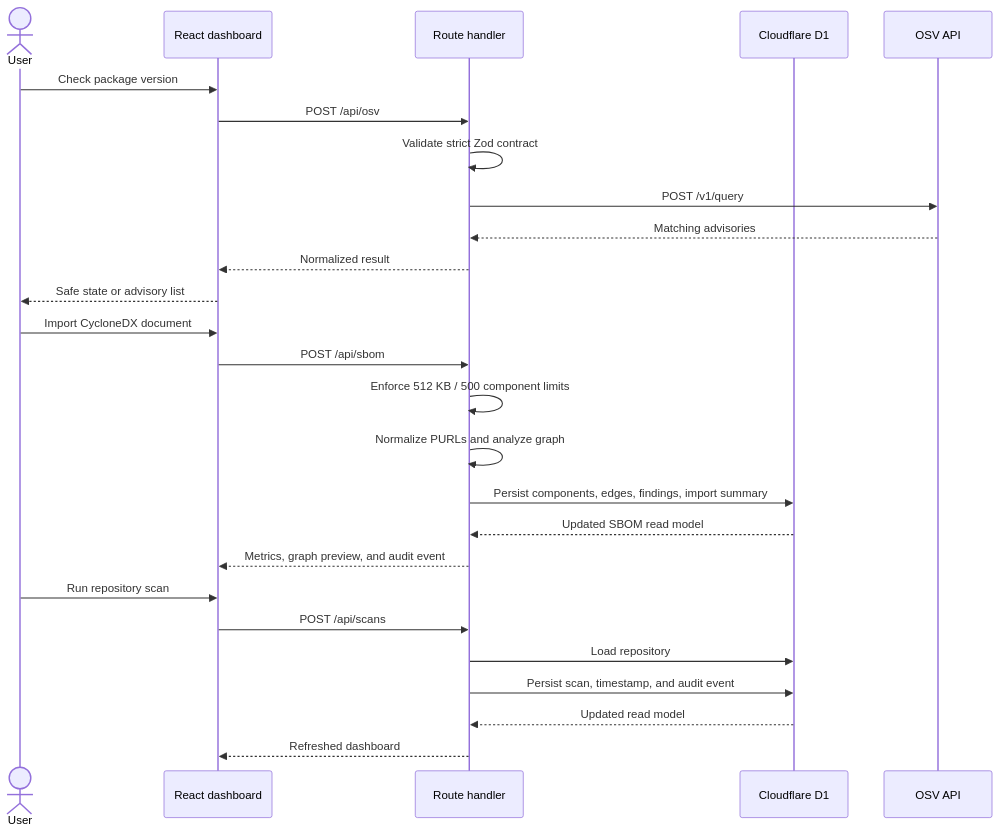
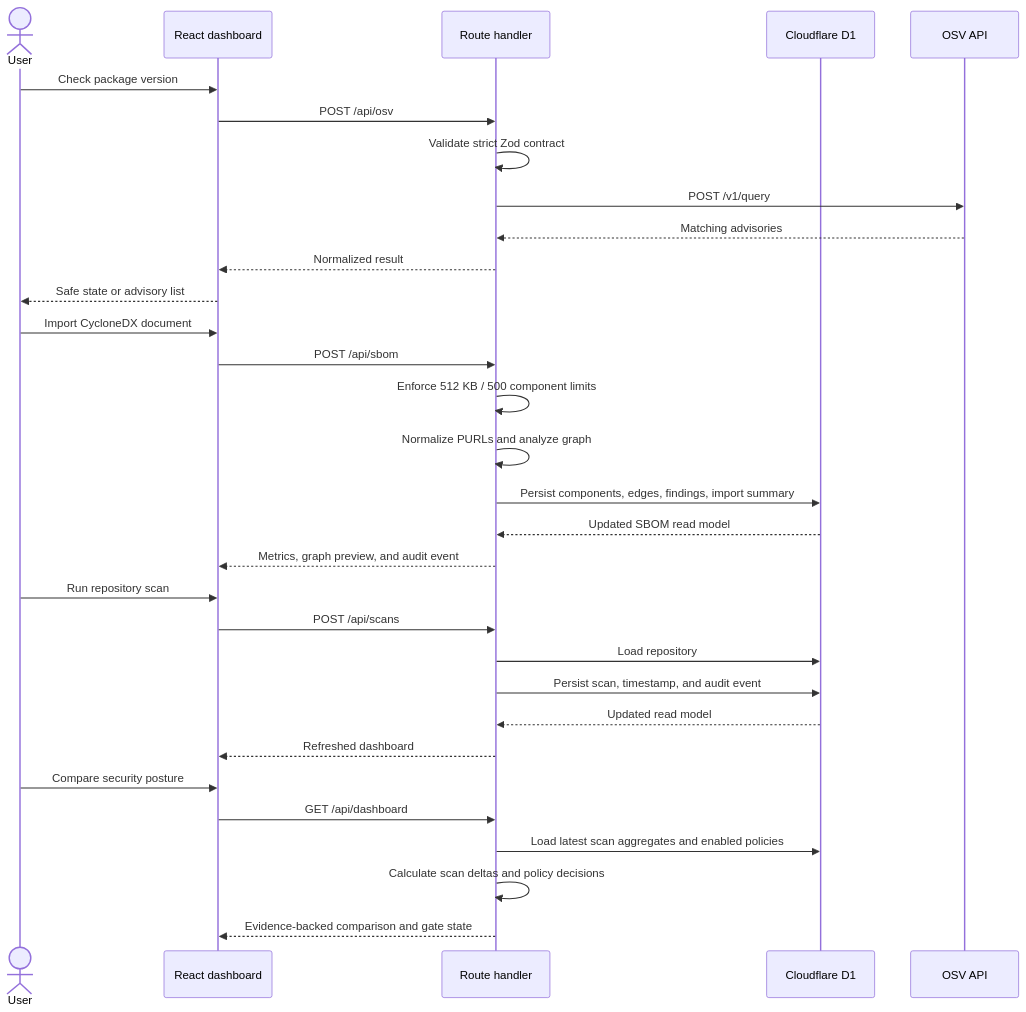
One commit to IT25101414/Own-SE- changed the diagram in docs/ARCHITECTURE.md. Above: the diagram before and after it, drawn with Mermaid. The commit also changed other lines of this file and 4 other files, not shown here.

````diff
--- a/docs/ARCHITECTURE.md
+++ b/docs/ARCHITECTURE.md
@@ -24,31 +24,37 @@
 ```mermaid
 sequenceDiagram
   actor User
   participant UI as React dashboard
   participant API as Route handler
   participant D1 as Cloudflare D1
   participant OSV as OSV API
 
   User->>UI: Check package version
   UI->>API: POST /api/osv
   API->>API: Validate strict Zod contract
   API->>OSV: POST /v1/query
   OSV-->>API: Matching advisories
   API-->>UI: Normalized result
   UI-->>User: Safe state or advisory list
 
   User->>UI: Import CycloneDX document
   UI->>API: POST /api/sbom
   API->>API: Enforce 512 KB / 500 component limits
   API->>API: Normalize PURLs and analyze graph
   API->>D1: Persist components, edges, findings, import summary
   D1-->>API: Updated SBOM read model
   API-->>UI: Metrics, graph preview, and audit event
 
   User->>UI: Run repository scan
   UI->>API: POST /api/scans
   API->>D1: Load repository
   API->>D1: Persist scan, timestamp, and audit event
   D1-->>API: Updated read model
   API-->>UI: Refreshed dashboard
+
+  User->>UI: Compare security posture
+  UI->>API: GET /api/dashboard
+  API->>D1: Load latest scan aggregates and enabled policies
+  API->>API: Calculate scan deltas and policy decisions
+  API-->>UI: Evidence-backed comparison and gate state
 ```
````
